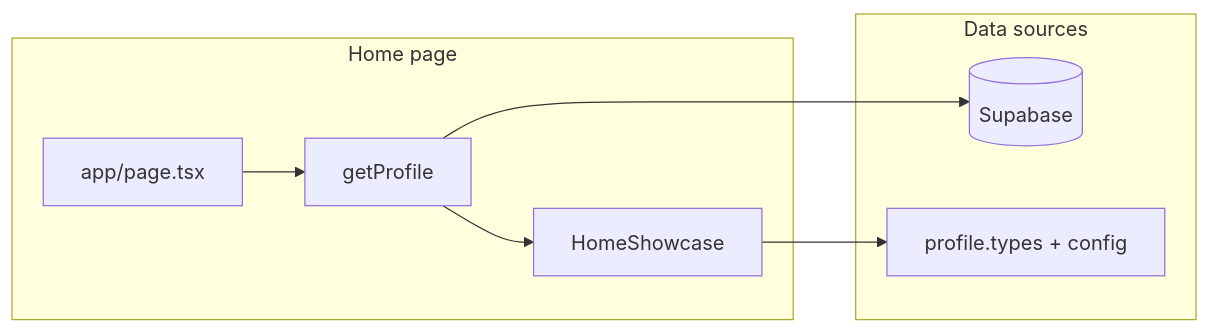
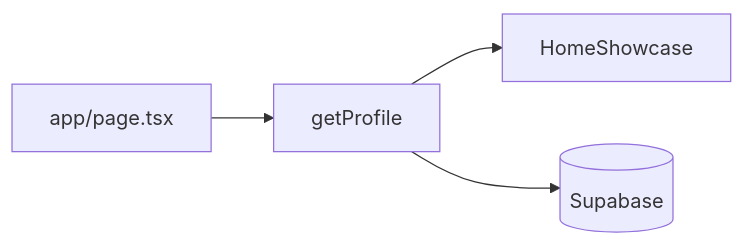
Before and after one commit to yukl-c/my-web-profile: the diagram in README.md, drawn with Mermaid. The commit also changed other lines of this file and 11 other files, not shown here.

````diff
--- a/README.md
+++ b/README.md
@@ -114,17 +90,10 @@
 ```mermaid
 flowchart LR
-  subgraph home [Home page]
-    page[app/page.tsx]
-    getProfile[getProfile]
-    showcase[HomeShowcase]
-    page --> getProfile --> showcase
-  end
+  page[app/page.tsx]
+  getProfile[getProfile]
+  showcase[HomeShowcase]
+  supabase[(Supabase)]
 
-  subgraph data [Data sources]
-    supabase[(Supabase)]
-    static[profile.types + config]
-  end
-
+  page --> getProfile --> showcase
   getProfile --> supabase
-  showcase --> static
 ```
````
